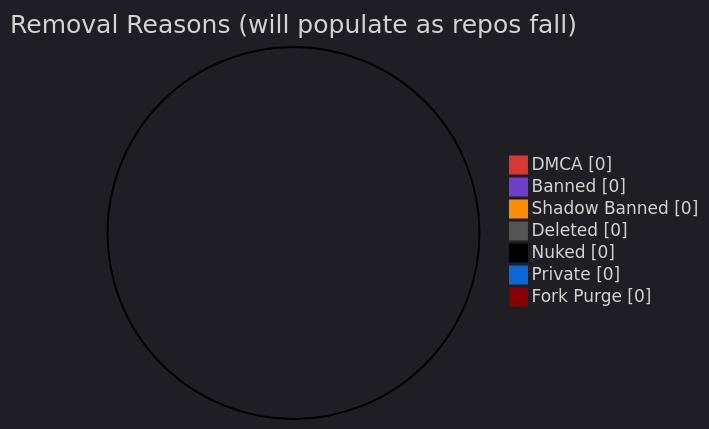
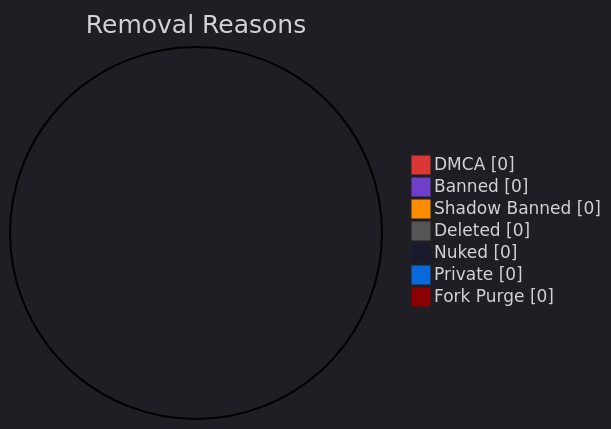
One commit to Ringmast4r/fallen-repos changed the first of 9 diagrams in README.md. Above: the diagram before and after it, drawn with Mermaid. The commit also changed other lines of this file, not shown here.

Commit message:
Supercharged README - 7 mermaid charts, flowcharts, timeline, risk scores, monitoring dashboard

````diff
--- a/README.md
+++ b/README.md
@@ -75,12 +49,12 @@
 ```mermaid
-%%{init: {'theme': 'dark', 'themeVariables': {'pie1': '#da3633', 'pie2': '#6e40c9', 'pie3': '#FF8C00', 'pie4': '#555555', 'pie5': '#000000', 'pie6': '#0969da', 'pie7': '#8B0000'}}}%%
+%%{init: {'theme': 'dark', 'themeVariables': {'pie1': '#da3633', 'pie2': '#6e40c9', 'pie3': '#FF8C00', 'pie4': '#555555', 'pie5': '#1a1a2e', 'pie6': '#0969da', 'pie7': '#8B0000'}}}%%
 pie showData
-    title Removal Reasons (will populate as repos fall)
+    title Removal Reasons
     "DMCA" : 0
     "Banned" : 0
     "Shadow Banned" : 0
     "Deleted" : 0
     "Nuked" : 0
     "Private" : 0
     "Fork Purge" : 0
 ```
````
